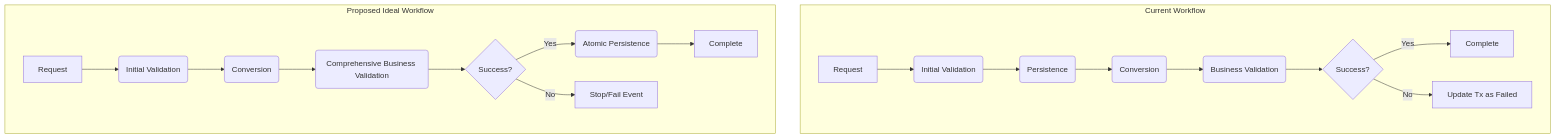
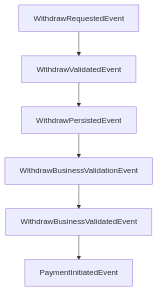
One commit to amirasaad/fintech changed the second of 3 diagrams in docs/architecture.md. Above: the diagram before and after it, drawn with Mermaid. The commit also changed other lines of this file and 6 other files, not shown here.

First line of the commit message:
docs(workflow): 📚 Update architecture and event-driven docs for deposits and withdrawals

````diff
--- a/docs/architecture.md
+++ b/docs/architecture.md
@@ -64,22 +43,8 @@
 ```mermaid
 graph TD
-    subgraph Current Workflow
-        A[Request] --> B(Initial Validation);
-        B --> C(Persistence);
-        C --> D(Conversion);
-        D --> E(Business Validation);
-        E --> F{Success?};
-        F -- Yes --> G[Complete];
-        F -- No --> H[Update Tx as Failed];
-    end
-
-    subgraph Proposed Ideal Workflow
-        P1[Request] --> P2(Initial Validation);
-        P2 --> P3(Conversion);
-        P3 --> P4(Comprehensive Business Validation);
-        P4 --> P5{Success?};
-        P5 -- Yes --> P6(Atomic Persistence);
-        P6 --> P7[Complete];
-        P5 -- No --> P8[Stop/Fail Event];
-    end
+    A[WithdrawRequestedEvent] --> B[WithdrawValidatedEvent]
+    B --> C[WithdrawPersistedEvent]
+    C --> D[WithdrawBusinessValidationEvent]
+    D --> E[WithdrawBusinessValidatedEvent]
+    E --> F[PaymentInitiatedEvent]
 ```
````
